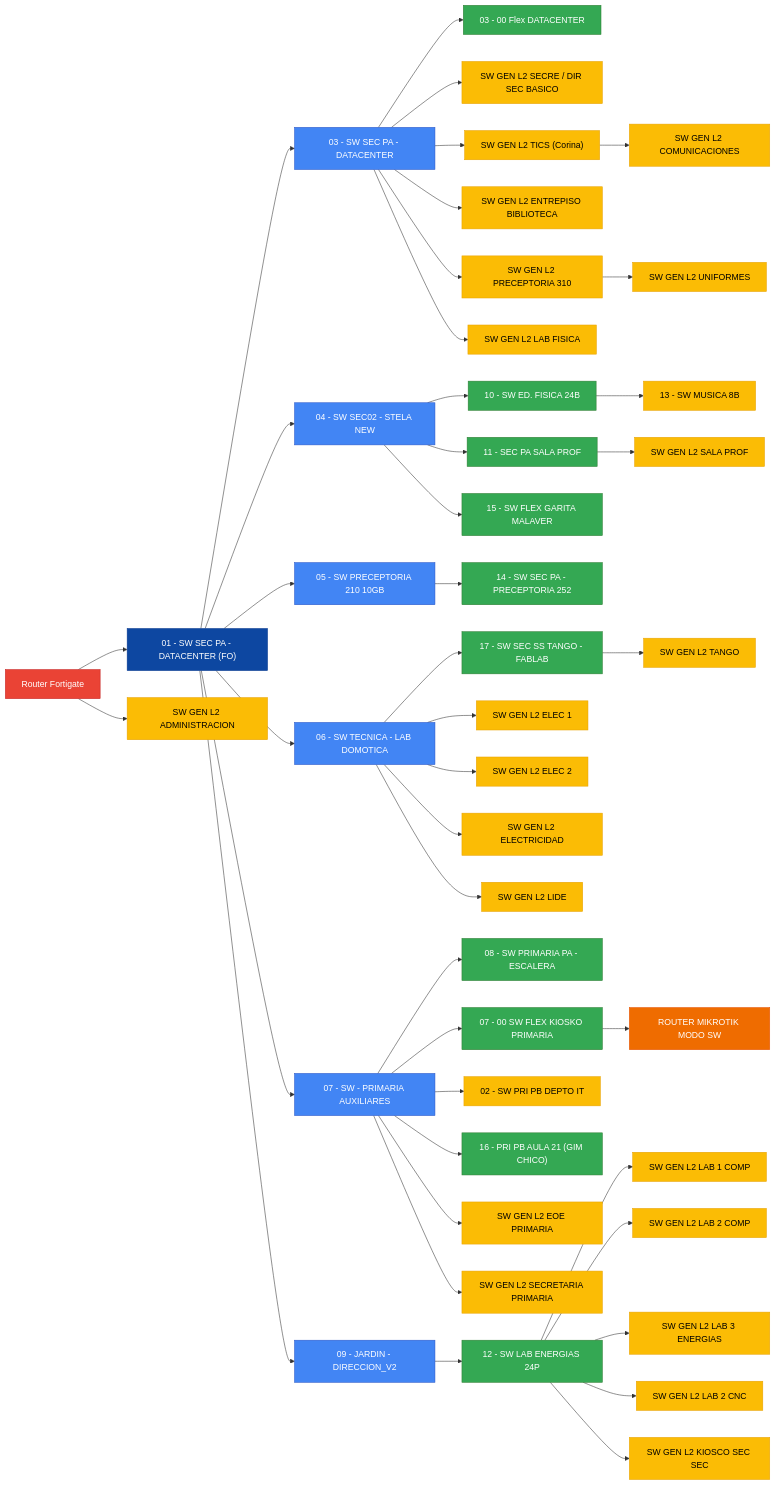
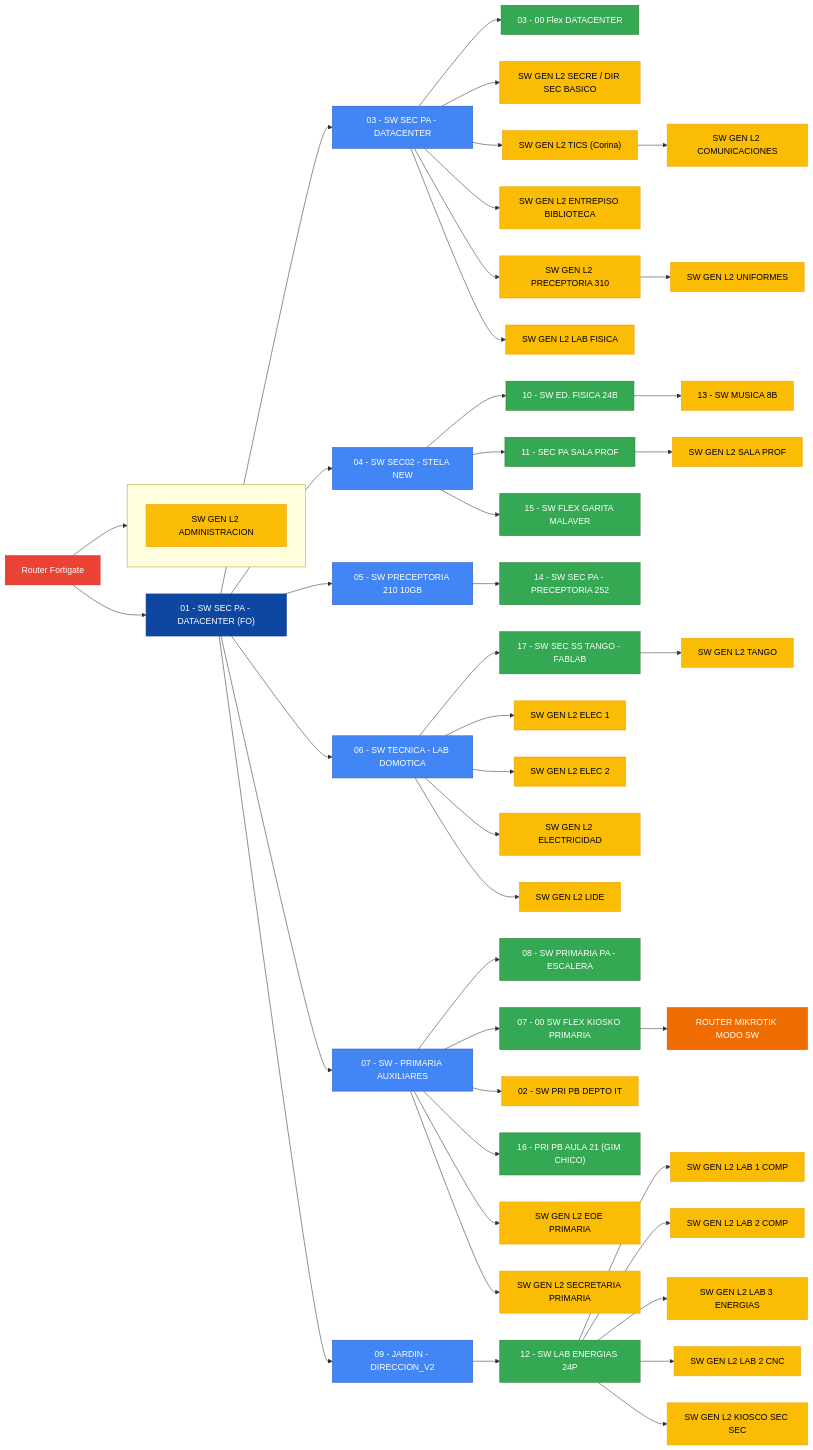
The diagram in README.md (carlostcba/Topologia-LSF), drawn with Mermaid before and after one commit.

````diff
--- a/README.md
+++ b/README.md
@@ -2,64 +2,71 @@
 ```mermaid
 flowchart LR
 
     classDef enrutamiento fill:#EA4335,stroke:#C62828,color:white;
     classDef core fill:#0D47A1,stroke:#0B3C91,color:white;
     classDef distribucion fill:#4285F4,stroke:#2A56C6,color:white;
     classDef redistribucion fill:#34A853,stroke:#2E7D32,color:white;
     classDef acceso fill:#FBBC05,stroke:#E8A203,color:black;
     classDef especial fill:#EF6C00,stroke:#E65100,color:white;
 
     RF[Router Fortigate] --> C01["01 - SW SEC PA - DATACENTER (FO)"]
-    RF --> S02["SW GEN L2 ADMINISTRACION"]
+
+    %% Agrupar nodo S02 en un subgraph vertical para separar visualmente
+    subgraph admin_space [ ]
+    direction TB
+        S02["SW GEN L2 ADMINISTRACION"]
+    end
+    RF --> S02
+
     C01 --> S03["03 - SW SEC PA - DATACENTER"]
     S03 --> FLEX1["03 - 00 Flex DATACENTER"]
     S03 --> S031["SW GEN L2 SECRE / DIR SEC BASICO"]
     S03 --> S032["SW GEN L2 TICS (Corina)"]
     S032 --> S036["SW GEN L2 COMUNICACIONES"]
     S03 --> S033["SW GEN L2 ENTREPISO BIBLIOTECA"]
     S03 --> S034["SW GEN L2 PRECEPTORIA 310"]
     S034 --> S037["SW GEN L2 UNIFORMES"]
     S03 --> S035["SW GEN L2 LAB FISICA"]
 
     C01 --> S04["04 - SW SEC02 - STELA NEW"]
     S04 --> E10["10 - SW ED. FISICA 24B"]
     E10 --> M13["13 - SW MUSICA 8B"]
     S04 --> P11["11 - SEC PA SALA PROF"]
     P11 --> SPROF["SW GEN L2 SALA PROF"]
     S04 --> FLEX2["15 - SW FLEX GARITA MALAVER"]
 
     C01 --> S05["05 - SW PRECEPTORIA 210 10GB"]
     S05 --> P14["14 - SW SEC PA - PRECEPTORIA 252"]
 
     C01 --> S06["06 - SW TECNICA - LAB DOMOTICA"]
     S06 --> T17["17 - SW SEC SS TANGO - FABLAB"]
     T17 --> TANGO["SW GEN L2 TANGO"]
     S06 --> ELEC1["SW GEN L2 ELEC 1"]
     S06 --> ELEC2["SW GEN L2 ELEC 2"]
     S06 --> ELEC3["SW GEN L2 ELECTRICIDAD"]
     S06 --> LIDE["SW GEN L2 LIDE"]
 
     C01 --> S07["07 - SW - PRIMARIA AUXILIARES"]
     S07 --> P08["08 - SW PRIMARIA PA - ESCALERA"]
     S07 --> K07["07 - 00 SW FLEX KIOSKO PRIMARIA"]
     K07 --> RMIK["ROUTER MIKROTIK MODO SW"]
     S07 --> D02["02 - SW PRI PB DEPTO IT"]
     S07 --> G16["16 - PRI PB AULA 21 (GIM CHICO)"]
     S07 --> EOE["SW GEN L2 EOE PRIMARIA"]
     S07 --> SPRI["SW GEN L2 SECRETARIA PRIMARIA"]
 
     C01 --> S09["09 - JARDIN - DIRECCION_V2"]
     S09 --> L12["12 - SW LAB ENERGIAS 24P"]
     L12 --> LC1["SW GEN L2 LAB 1 COMP"]
     L12 --> LC2["SW GEN L2 LAB 2 COMP"]
     L12 --> LE3["SW GEN L2 LAB 3 ENERGIAS"]
     L12 --> CNC["SW GEN L2 LAB 2 CNC"]
     L12 --> KSEC["SW GEN L2 KIOSCO SEC SEC"]
 
-    class RF, enrutamiento;
+    class RF enrutamiento;
     class C01 core;
     class S03,S04,S05,S06,S07,S09 distribucion;
     class FLEX1,FLEX2,P11,E10,P14,T17,P08,K07,G16,L12 redistribucion;
-    class S031,S032,S033,S034,S035,S036,S037,,M13,SPROF,TANGO,ELEC1,ELEC2,ELEC3,LIDE,D02,EOE,SPRI,LC1,LC2,LE3,CNC,KSEC,S02 acceso;
+    class S031,S032,S033,S034,S035,S036,S037,M13,SPROF,TANGO,ELEC1,ELEC2,ELEC3,LIDE,D02,EOE,SPRI,LC1,LC2,LE3,CNC,KSEC,S02 acceso;
     class RMIK especial;
 ```
````
